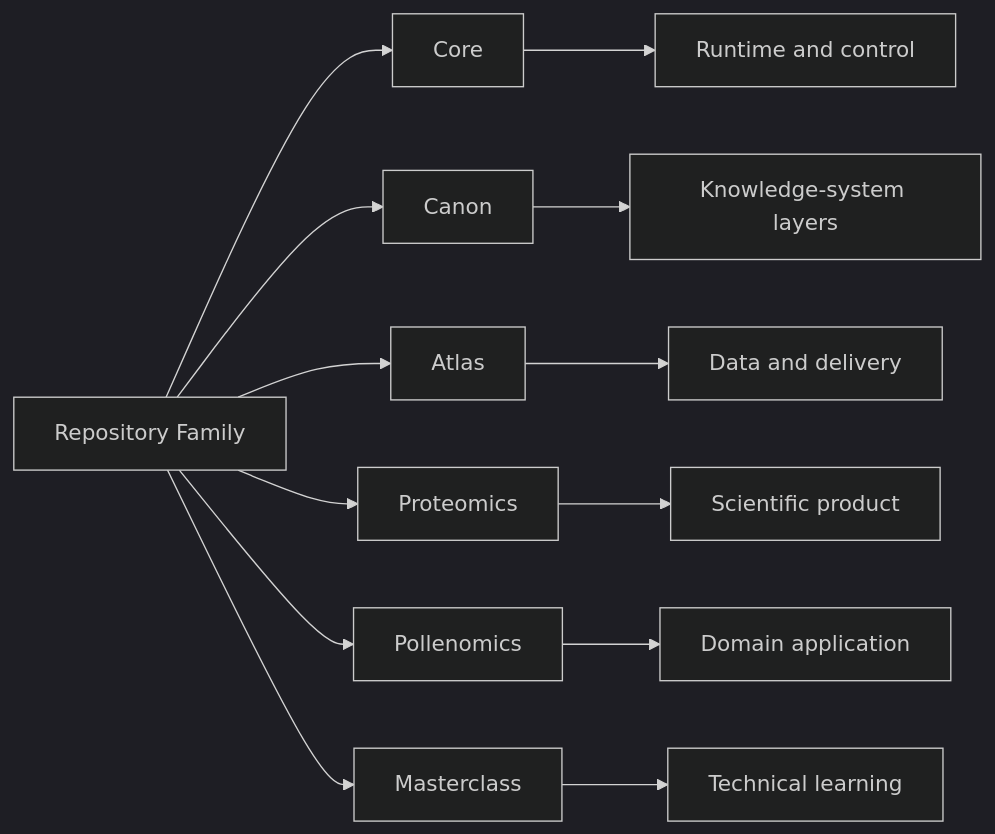
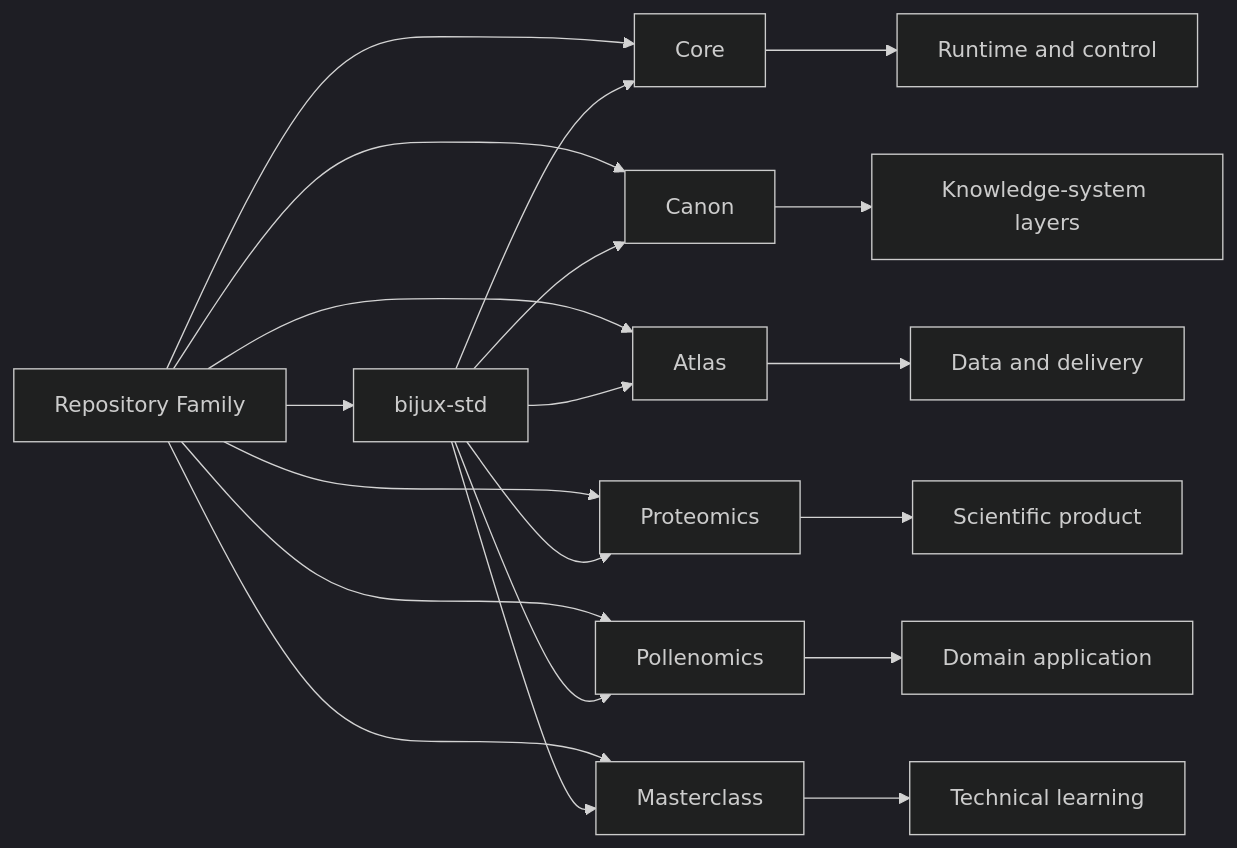
Before and after one commit to bijux/bijux.github.io: the diagram in docs/platform/repository-matrix.md, drawn with Mermaid (dark theme). The commit also changed other lines of this file, not shown here.

Commit message:
docs(repository-matrix): model standards source in repository cooperation

````diff
--- a/docs/platform/repository-matrix.md
+++ b/docs/platform/repository-matrix.md
@@ -21,16 +21,25 @@
 ```mermaid
 graph LR
+    std["bijux-std"]
     family["Repository Family"] --> core["Core"]
     family --> canon["Canon"]
     family --> atlas["Atlas"]
     family --> proteomics["Proteomics"]
     family --> pollenomics["Pollenomics"]
     family --> masterclass["Masterclass"]
+    family --> std
 
     core --> runtime["Runtime and control"]
     canon --> knowledge["Knowledge-system layers"]
     atlas --> delivery["Data and delivery"]
     proteomics --> scientific["Scientific product"]
     pollenomics --> domain["Domain application"]
     masterclass --> learning["Technical learning"]
+
+    std --> core
+    std --> canon
+    std --> atlas
+    std --> proteomics
+    std --> pollenomics
+    std --> masterclass
 ```
````
